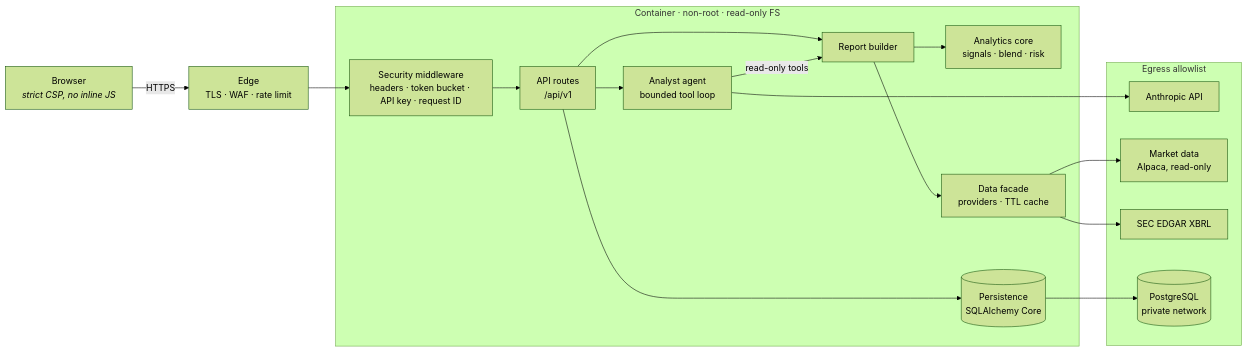
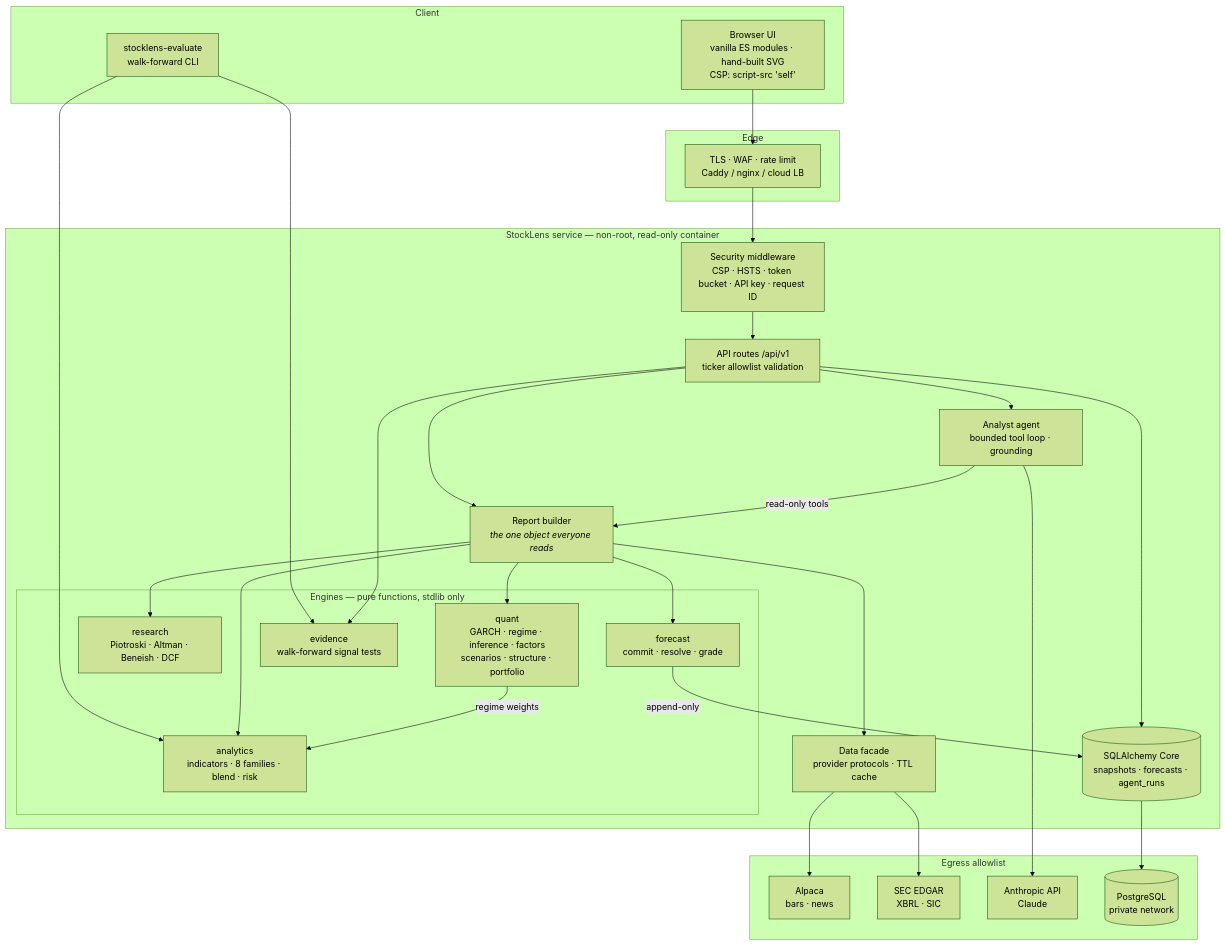
One commit to anand4286/stocklens changed the second of 13 diagrams in README.md. Above: the diagram before and after it, drawn with Mermaid (forest theme). The commit also changed other lines of this file and 96 other files, not shown here.

First line of the commit message:
Deep analytics, a public track record, and enterprise security hardening

````diff
--- a/README.md
+++ b/README.md
@@ -93,27 +121,51 @@
 ```mermaid
-flowchart LR
-    B[Browser<br/><i>strict CSP, no inline JS</i>] -->|HTTPS| E[Edge<br/>TLS · WAF · rate limit]
-    E --> M
-
-    subgraph C[Container · non-root · read-only FS]
-        M[Security middleware<br/>headers · token bucket · API key · request ID] --> R[API routes<br/>/api/v1]
-        R --> A[Analyst agent<br/>bounded tool loop]
-        R --> RB[Report builder]
-        A -->|read-only tools| RB
-        RB --> AN[Analytics core<br/>signals · blend · risk]
-        RB --> DF[Data facade<br/>providers · TTL cache]
-        R --> P[(Persistence<br/>SQLAlchemy Core)]
+flowchart TB
+    subgraph CLIENT["Client"]
+        UI["Browser UI<br/>vanilla ES modules · hand-built SVG<br/>CSP: script-src 'self'"]
+        CLI["stocklens-evaluate<br/>walk-forward CLI"]
     end
 
-    subgraph X[Egress allowlist]
-        AP[Anthropic API]
-        MD[Market data<br/>Alpaca, read-only]
-        SEC[SEC EDGAR XBRL]
-        PG[(PostgreSQL<br/>private network)]
+    subgraph EDGE["Edge"]
+        PX["TLS · WAF · rate limit<br/>Caddy / nginx / cloud LB"]
     end
 
-    A --> AP
-    DF --> MD
-    DF --> SEC
-    P --> PG
+    subgraph SVC["StockLens service — non-root, read-only container"]
+        MW["Security middleware<br/>CSP · HSTS · token bucket · API key · request ID"]
+        RT["API routes /api/v1<br/>ticker allowlist validation"]
+        AG["Analyst agent<br/>bounded tool loop · grounding"]
+        RB["Report builder<br/><i>the one object everyone reads</i>"]
+
+        subgraph ENG["Engines — pure functions, stdlib only"]
+            AN["analytics<br/>indicators · 8 families · blend · risk"]
+            QU["quant<br/>GARCH · regime · inference · factors<br/>scenarios · structure · portfolio"]
+            RS["research<br/>Piotroski · Altman · Beneish · DCF"]
+            FC["forecast<br/>commit · resolve · grade"]
+            EV["evidence<br/>walk-forward signal tests"]
+        end
+
+        DF["Data facade<br/>provider protocols · TTL cache"]
+        DB[("SQLAlchemy Core<br/>snapshots · forecasts · agent_runs")]
+    end
+
+    subgraph EXT["Egress allowlist"]
+        ALP["Alpaca<br/>bars · news"]
+        SEC["SEC EDGAR<br/>XBRL · SIC"]
+        ANT["Anthropic API<br/>Claude"]
+        PG[("PostgreSQL<br/>private network")]
+    end
+
+    UI --> PX --> MW --> RT
+    CLI --> EV & AN
+    RT --> RB
+    RT --> AG
+    RT --> EV
+    AG -->|read-only tools| RB
+    RB --> AN & QU & RS & FC
+    QU -->|regime weights| AN
+    RB --> DF
+    RT --> DB
+    FC -->|append-only| DB
+    DF --> ALP & SEC
+    AG --> ANT
+    DB --> PG
 ```
````
